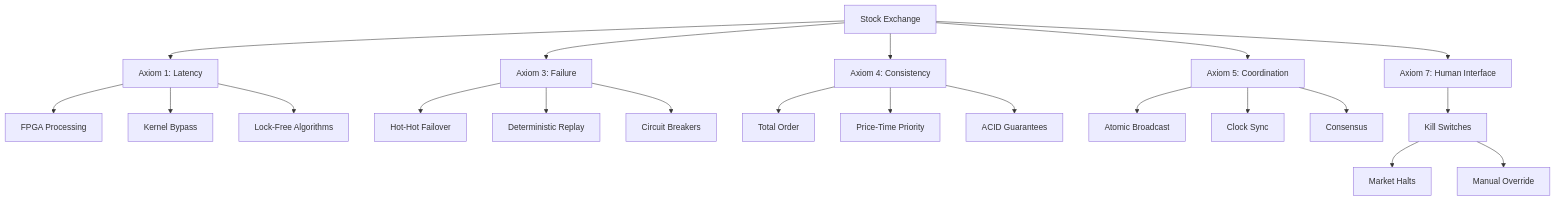
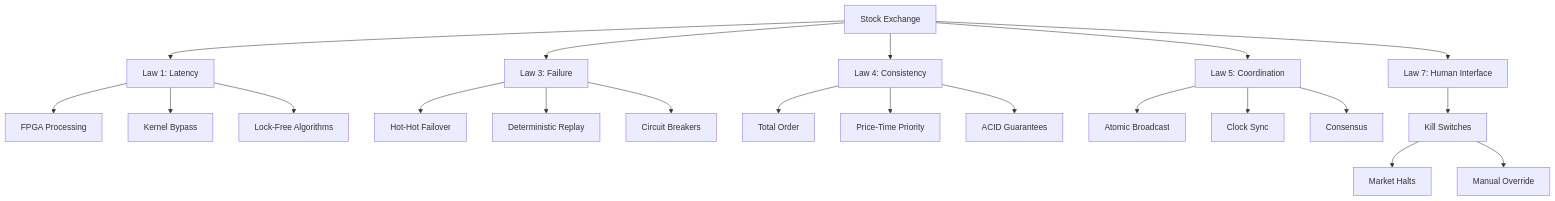
Before and after one commit to deepaucksharma/DStudio: the third of 7 diagrams in docs/case-studies/stock-exchange.md, drawn with Mermaid. The commit also changed other lines of this file and 470 other files, not shown here.

````diff
--- a/docs/case-studies/stock-exchange.md
+++ b/docs/case-studies/stock-exchange.md
@@ -181,30 +181,30 @@
 ```mermaid
 graph TD
     EX[Stock Exchange]
     
-    EX --> A1[Axiom 1: Latency]
-    EX --> A3[Axiom 3: Failure]
-    EX --> A4[Axiom 4: Consistency]
-    EX --> A5[Axiom 5: Coordination]
-    EX --> A7[Axiom 7: Human Interface]
+    EX --> A1[Law 1: Latency]
+    EX --> A3[Law 3: Failure]
+    EX --> A4[Law 4: Consistency]
+    EX --> A5[Law 5: Coordination]
+    EX --> A7[Law 7: Human Interface]
     
     A1 --> L1[FPGA Processing]
     A1 --> L2[Kernel Bypass]
     A1 --> L3[Lock-Free Algorithms]
     
     A3 --> F1[Hot-Hot Failover]
     A3 --> F2[Deterministic Replay]
     A3 --> F3[Circuit Breakers]
     
     A4 --> C1[Total Order]
     A4 --> C2[Price-Time Priority]
     A4 --> C3[ACID Guarantees]
     
     A5 --> CO1[Atomic Broadcast]
     A5 --> CO2[Clock Sync]
     A5 --> CO3[Consensus]
     
     A7 --> H1[Kill Switches]
     H1 --> H2[Market Halts]
     H1 --> H3[Manual Override]
 ```
````
